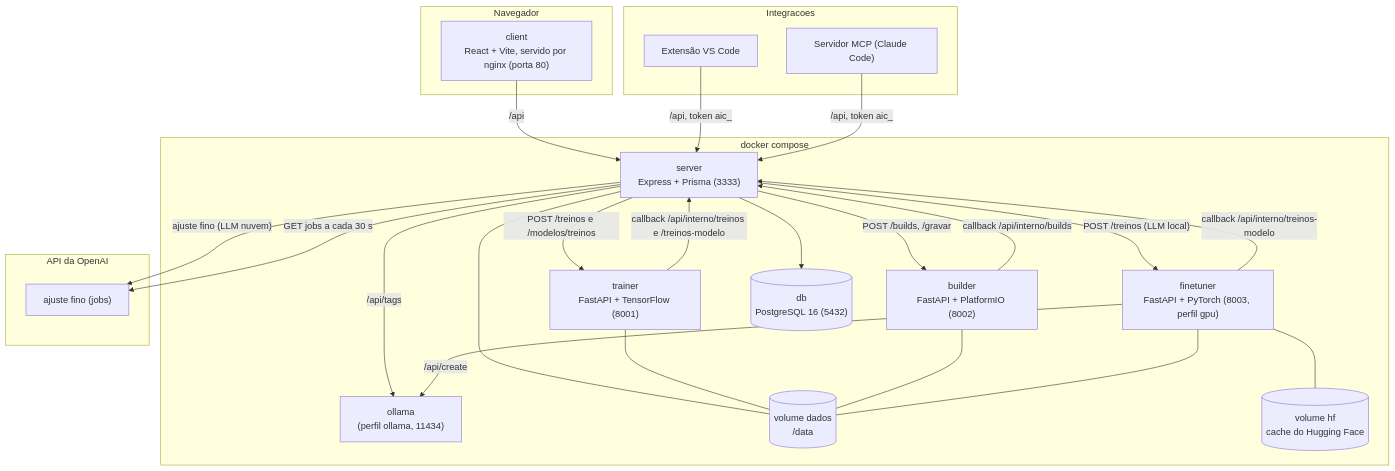
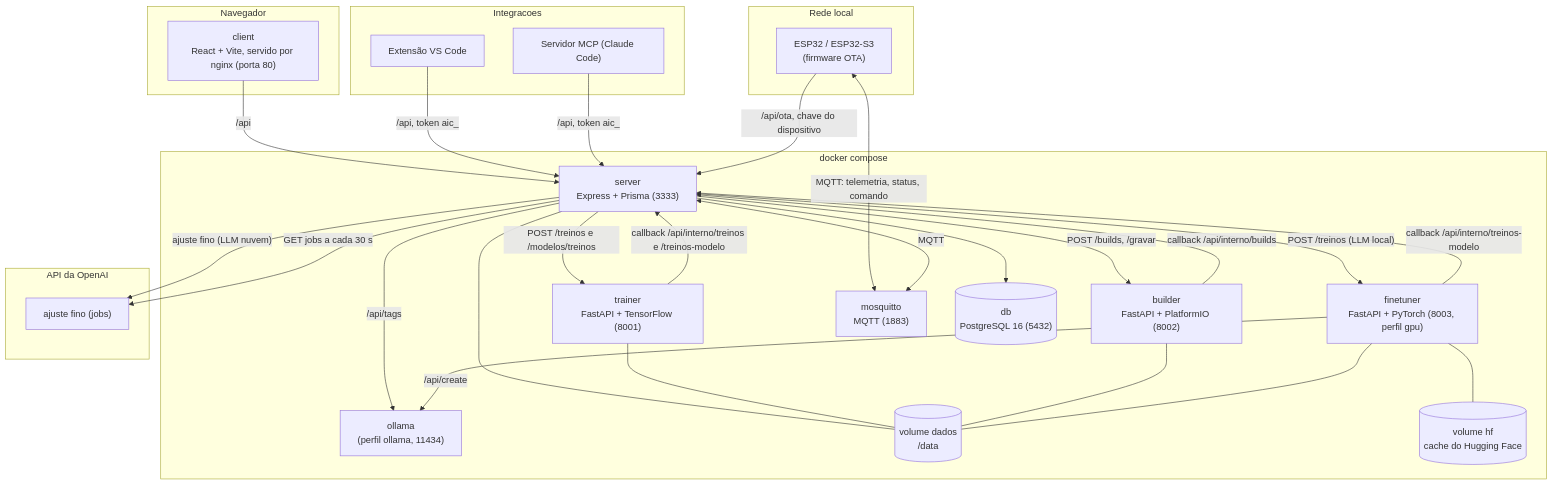
One commit to marco3079/ai-creator changed the first of 7 diagrams in docs/ARQUITETURA.md. Above: the diagram before and after it, drawn with Mermaid. The commit also changed other lines of this file and 51 other files, not shown here.

First line of the commit message:
feat: leva B — frota e OTA, MQTT, histórico de projetos e release da extensão

````diff
--- a/docs/ARQUITETURA.md
+++ b/docs/ARQUITETURA.md
@@ -7,42 +7,49 @@
 ```mermaid
 flowchart TB
   subgraph Navegador
     client["client<br/>React + Vite, servido por nginx (porta 80)"]
   end
   subgraph Integracoes
     vscode["Extensão VS Code"]
     mcp["Servidor MCP (Claude Code)"]
   end
+  subgraph Placas["Rede local"]
+    placa["ESP32 / ESP32-S3<br/>(firmware OTA)"]
+  end
   subgraph Compose["docker compose"]
     server["server<br/>Express + Prisma (3333)"]
     trainer["trainer<br/>FastAPI + TensorFlow (8001)"]
     builder["builder<br/>FastAPI + PlatformIO (8002)"]
     finetuner["finetuner<br/>FastAPI + PyTorch (8003, perfil gpu)"]
+    mosquitto["mosquitto<br/>MQTT (1883)"]
     db[("db<br/>PostgreSQL 16 (5432)")]
     ollama["ollama<br/>(perfil ollama, 11434)"]
     dados[("volume dados<br/>/data")]
     hf[("volume hf<br/>cache do Hugging Face")]
   end
   subgraph Nuvem["API da OpenAI"]
     openai["ajuste fino (jobs)"]
   end
   client -->|"/api"| server
   vscode -->|"/api, token aic_"| server
   mcp -->|"/api, token aic_"| server
+  placa -->|"/api/ota, chave do dispositivo"| server
+  placa <-->|"MQTT: telemetria, status, comando"| mosquitto
+  server <-->|"MQTT"| mosquitto
   server --> db
   server -->|"POST /treinos e /modelos/treinos"| trainer
   server -->|"POST /builds, /gravar"| builder
   server -->|"POST /treinos (LLM local)"| finetuner
   server -->|"ajuste fino (LLM nuvem)"| openai
   server -->|"/api/tags"| ollama
   trainer -->|"callback /api/interno/treinos e /treinos-modelo"| server
   builder -->|"callback /api/interno/builds"| server
   finetuner -->|"callback /api/interno/treinos-modelo"| server
   finetuner -->|"/api/create"| ollama
   server -->|"GET jobs a cada 30 s"| openai
   server --- dados
   trainer --- dados
   builder --- dados
   finetuner --- dados
   finetuner --- hf
 ```
````
